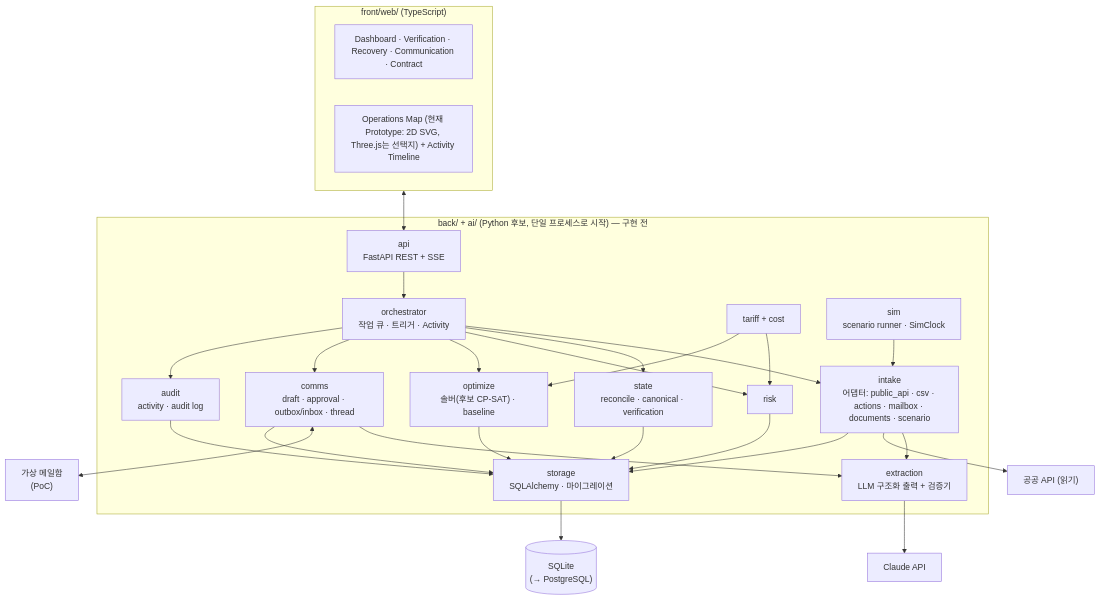
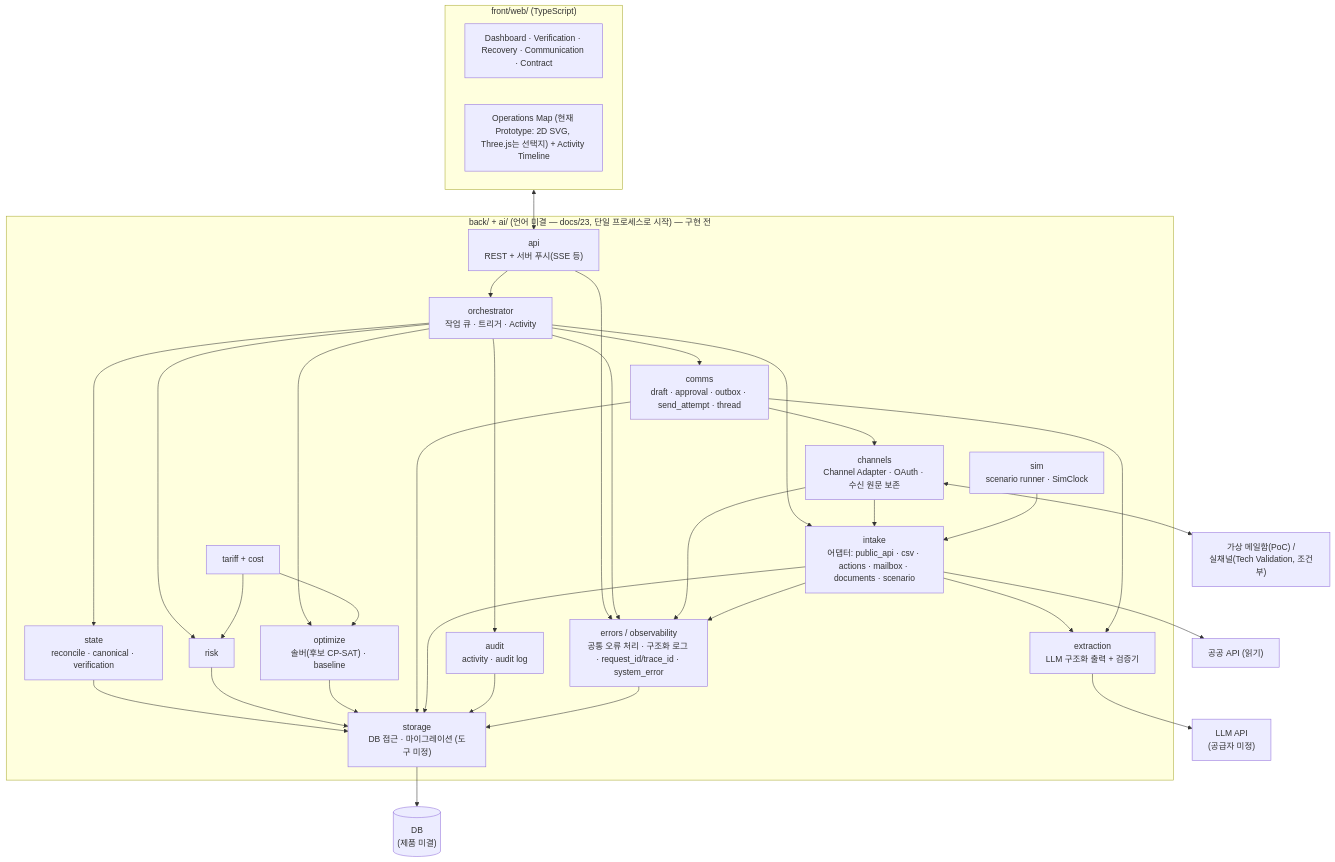
Before and after one commit to dong3114/container-exception: the diagram in docs/07_backend-architecture.md, drawn with Mermaid. The commit also changed other lines of this file and 18 other files, not shown here.

````diff
--- a/docs/07_backend-architecture.md
+++ b/docs/07_backend-architecture.md
@@ -18,41 +20,46 @@
 ```mermaid
 flowchart TB
   subgraph WEB["front/web/ (TypeScript)"]
     DASH["Dashboard · Verification · Recovery · Communication · Contract"]
     SIM3D["Operations Map (현재 Prototype: 2D SVG, Three.js는 선택지) + Activity Timeline"]
   end
 
-  subgraph BE["back/ + ai/ (Python 후보, 단일 프로세스로 시작) — 구현 전"]
-    API["api<br/>FastAPI REST + SSE"]
+  subgraph BE["back/ + ai/ (언어 미결 — docs/23, 단일 프로세스로 시작) — 구현 전"]
+    API["api<br/>REST + 서버 푸시(SSE 등)"]
     ORC["orchestrator<br/>작업 큐 · 트리거 · Activity"]
     ING["intake<br/>어댑터: public_api · csv · actions · mailbox · documents · scenario"]
     EXT["extraction<br/>LLM 구조화 출력 + 검증기"]
     STA["state<br/>reconcile · canonical · verification"]
     TRF["tariff + cost"]
     RSK["risk"]
     OPT["optimize<br/>솔버(후보 CP-SAT) · baseline"]
-    COM["comms<br/>draft · approval · outbox/inbox · thread"]
+    COM["comms<br/>draft · approval · outbox · send_attempt · thread"]
+    CHN["channels<br/>Channel Adapter · OAuth · 수신 원문 보존"]
+    OBS["errors / observability<br/>공통 오류 처리 · 구조화 로그 · request_id/trace_id · system_error"]
     SIMS["sim<br/>scenario runner · SimClock"]
-    STO["storage<br/>SQLAlchemy · 마이그레이션"]
+    STO["storage<br/>DB 접근 · 마이그레이션 (도구 미정)"]
     AUD["audit<br/>activity · audit log"]
   end
 
-  DB[("SQLite<br/>(→ PostgreSQL)")]
-  LLM["Claude API"]
+  DB[("DB<br/>(제품 미결)")]
+  LLM["LLM API<br/>(공급자 미정)"]
   PUB["공공 API (읽기)"]
-  MBOX["가상 메일함<br/>(PoC)"]
+  MBOX["가상 메일함(PoC) /<br/>실채널(Tech Validation, 조건부)"]
 
   WEB <--> API
   API --> ORC
   ORC --> ING & STA & RSK & OPT & COM
   ING --> EXT
   EXT --> LLM
   COM --> EXT
   ING --> PUB
-  COM <--> MBOX
+  COM --> CHN
+  CHN <--> MBOX
+  CHN --> ING
   SIMS --> ING
   STA & RSK & OPT & COM & ING --> STO --> DB
   ORC --> AUD --> STO
+  API & ORC & CHN & ING --> OBS --> STO
   TRF --> RSK
   TRF --> OPT
 ```
````
